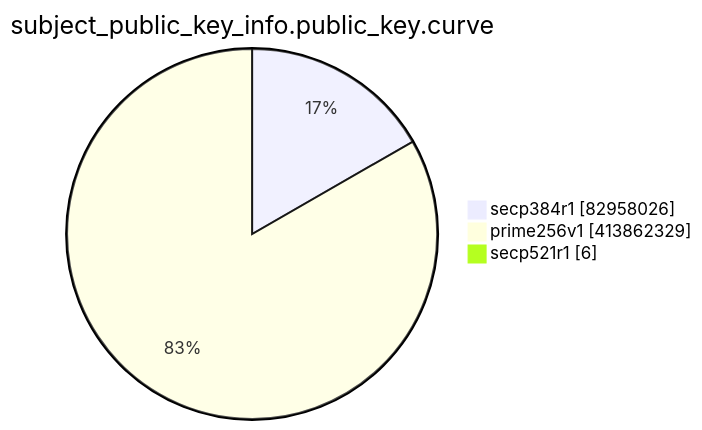
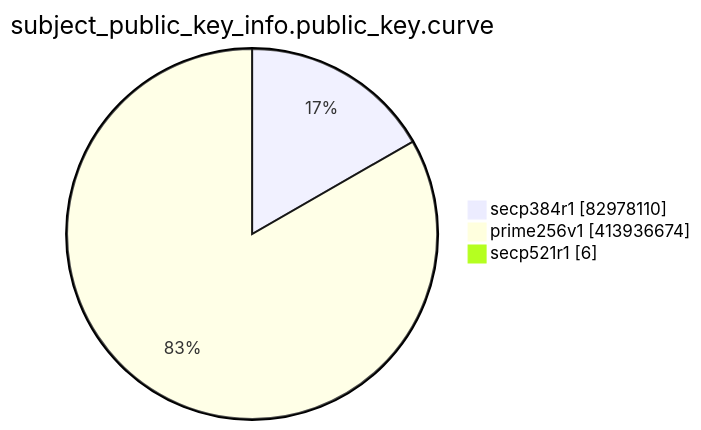
Before and after one commit to christiankrug/ctmonitor_visualization: the eighth of 15 diagrams in TOTAL/README.md, drawn with Mermaid. The commit also changed other lines of this file, not shown here.

````diff
--- a/TOTAL/README.md
+++ b/TOTAL/README.md
@@ -3098,7 +3098,7 @@
 ```mermaid
 pie showData
 title subject_public_key_info.public_key.curve
-"secp384r1" :82958026
-"prime256v1" :413862329
+"secp384r1" :82978110
+"prime256v1" :413936674
 "secp521r1" :6
 ```
````
